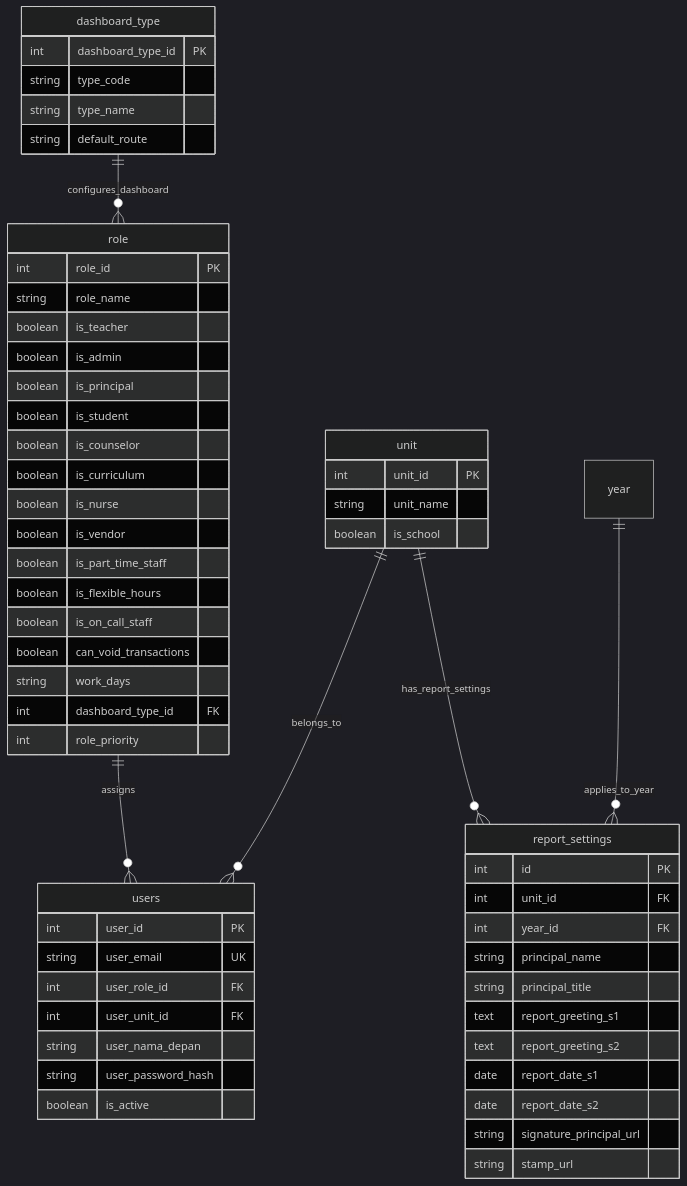
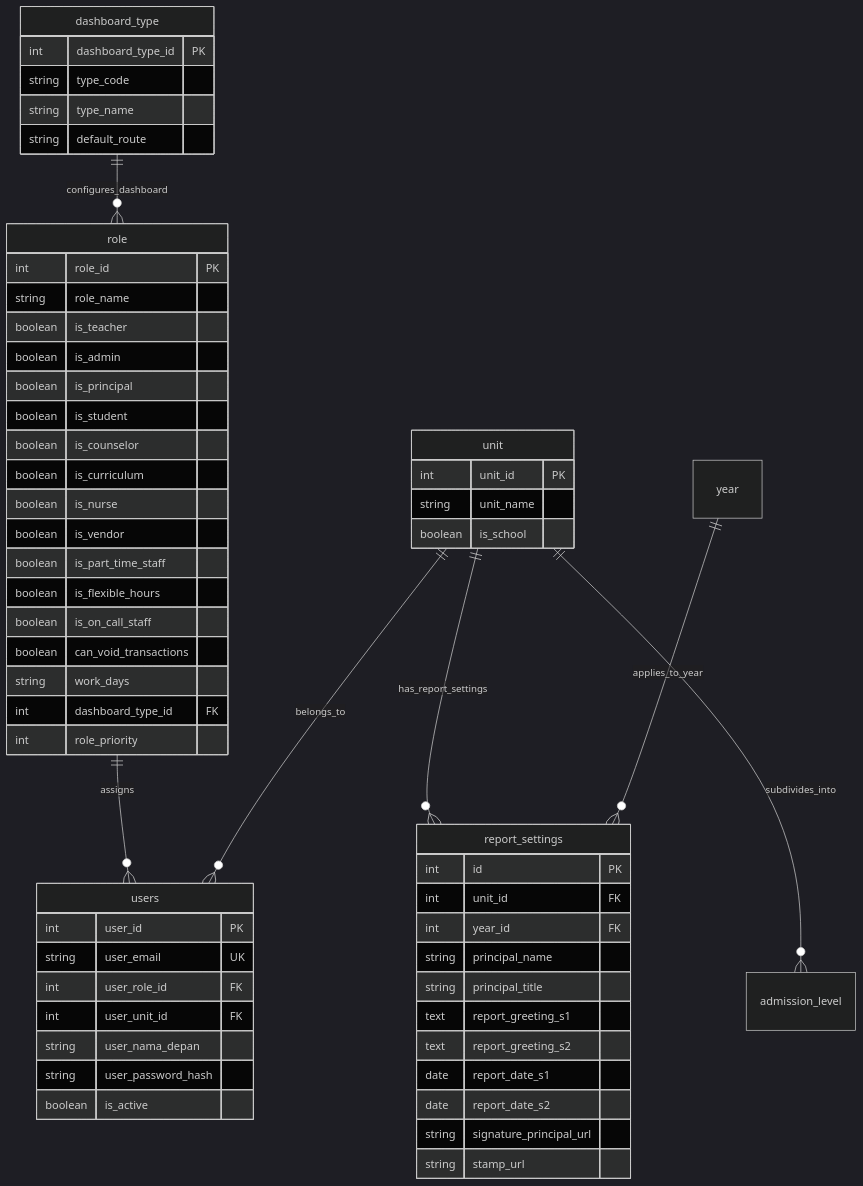
The first of 13 diagrams in DATABASE_SCHEMA.md (hanskristianw/school-admin), drawn with Mermaid (dark theme) before and after one commit. The commit also changed other lines of this file and 46 other files, not shown here.

````diff
--- a/DATABASE_SCHEMA.md
+++ b/DATABASE_SCHEMA.md
@@ -111,65 +111,66 @@
 ```mermaid
 erDiagram
     dashboard_type ||--o{ role : "configures_dashboard"
     role ||--o{ users : "assigns"
     unit ||--o{ users : "belongs_to"
     unit ||--o{ report_settings : "has_report_settings"
+    unit ||--o{ admission_level : "subdivides_into"
     year ||--o{ report_settings : "applies_to_year"
     
     dashboard_type {
         int dashboard_type_id PK
         string type_code
         string type_name
         string default_route
     }
 
     role {
         int role_id PK
         string role_name
         boolean is_teacher
         boolean is_admin
         boolean is_principal
         boolean is_student
         boolean is_counselor
         boolean is_curriculum
         boolean is_nurse
         boolean is_vendor
         boolean is_part_time_staff
         boolean is_flexible_hours
         boolean is_on_call_staff
         boolean can_void_transactions
         string work_days
         int dashboard_type_id FK
         int role_priority
     }
     
     unit {
         int unit_id PK
         string unit_name
         boolean is_school
     }
 
     report_settings {
         int id PK
         int unit_id FK
         int year_id FK
         string principal_name
         string principal_title
         text report_greeting_s1
         text report_greeting_s2
         date report_date_s1
         date report_date_s2
         string signature_principal_url
         string stamp_url
     }
     
     users {
         int user_id PK
         string user_email UK
         int user_role_id FK
         int user_unit_id FK
         string user_nama_depan
         string user_password_hash
         boolean is_active
     }
 ```
````
